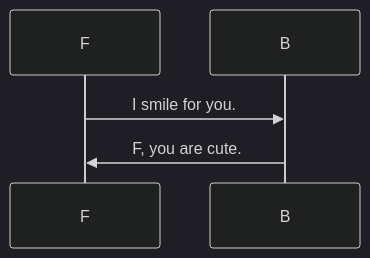
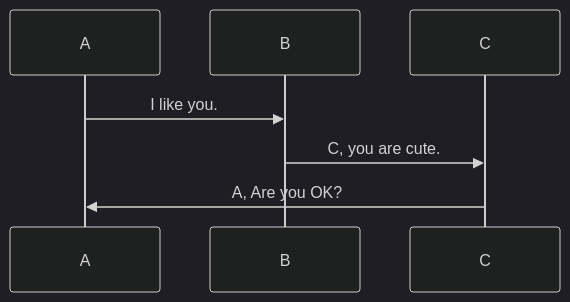
The first of 2 diagrams in slideA.md (RattanArt/Model), drawn with Mermaid (dark theme) before and after one commit.

```diff
--- a/slideA.md
+++ b/slideA.md
@@ -3,5 +3,6 @@
 <div class="mermaid">
  sequenceDiagram
-    F->>B: I smile for you.
-    B->>F:F, you are cute.
+	A->>B: I like you.
+	B->>C: C, you are cute.
+	C->>A: A, Are you OK?
 </div>	
```
